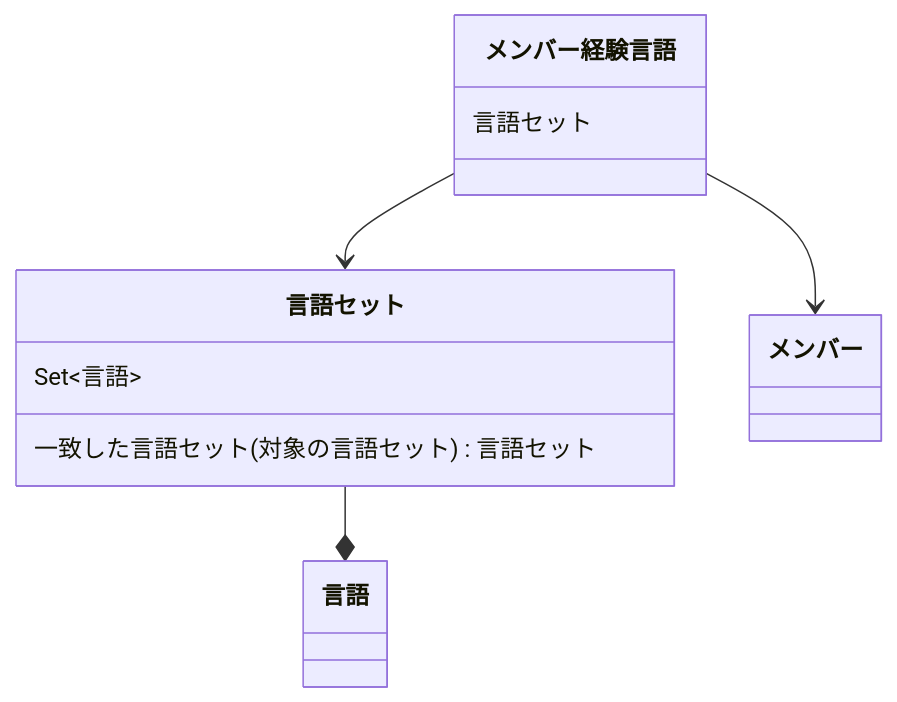
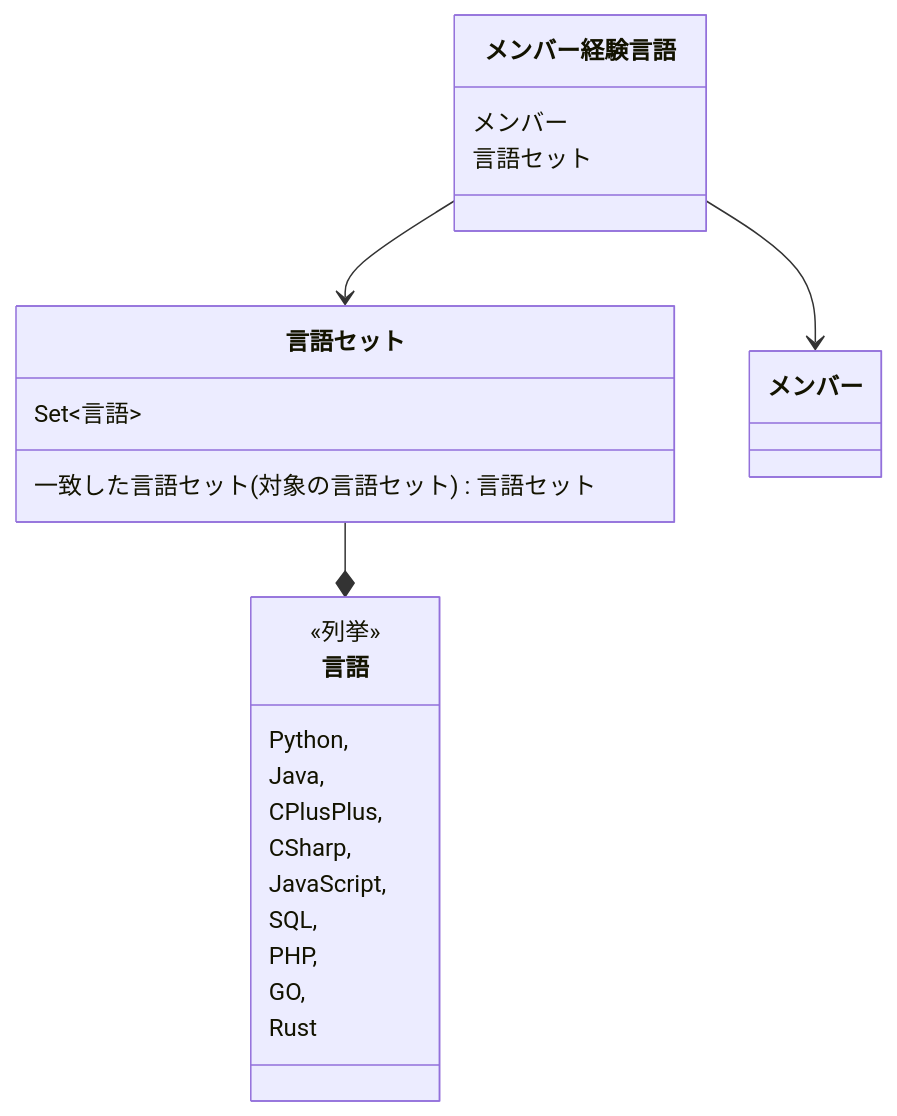
One commit to masuda220/business-logic-patterns changed the diagram in src/main/java/com/example/domain/model/jjugccc2024/advanced/matching/概要.mmd. Above: the diagram before and after it, drawn with Mermaid.

Commit message:
スキルマッチング 図の修正

```diff
--- a/src/main/java/com/example/domain/model/jjugccc2024/advanced/matching/概要.mmd
+++ b/src/main/java/com/example/domain/model/jjugccc2024/advanced/matching/概要.mmd
@@ -1,13 +1,27 @@
 classDiagram
     言語セット --* 言語
     メンバー経験言語 --> 言語セット
     メンバー経験言語 --> メンバー
 
     class メンバー経験言語 {
+        メンバー
         言語セット
     }
 
     class 言語セット {
         Set~言語~
         一致した言語セット(対象の言語セット) 言語セット
     }
+
+    class 言語 {
+        <<列挙>>
+        Python,
+        Java,
+        CPlusPlus,
+        CSharp,
+        JavaScript,
+        SQL,
+        PHP,
+        GO,
+        Rust
+    }
```
